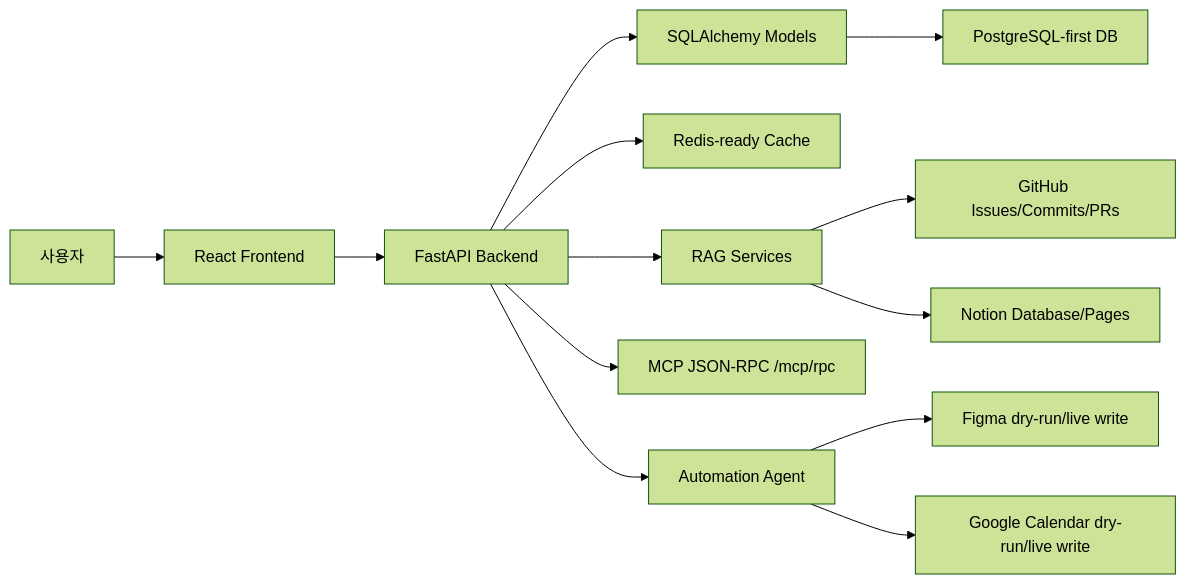
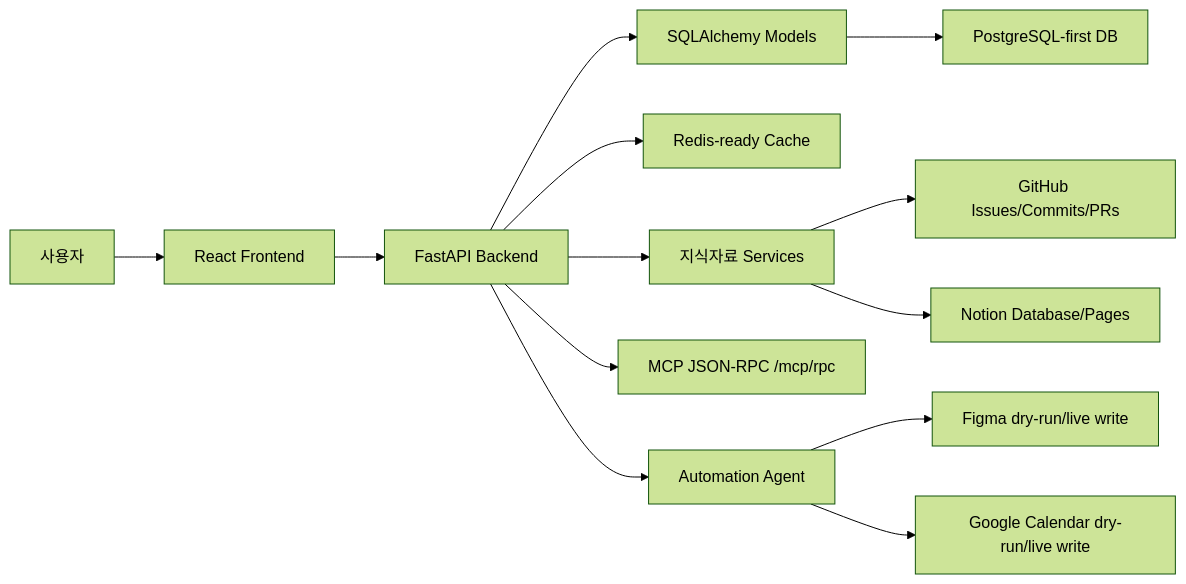
One commit to Wish-Upon-A-Star/ai-board-jungle changed the diagram in README.md. Above: the diagram before and after it, drawn with Mermaid (forest theme). The commit also changed other lines of this file and 4 other files, not shown here.

````diff
--- a/README.md
+++ b/README.md
@@ -80,15 +67,15 @@
 ```mermaid
 flowchart LR
   User["사용자"] --> React["React Frontend"]
   React --> FastAPI["FastAPI Backend"]
   FastAPI --> SQLAlchemy["SQLAlchemy Models"]
   SQLAlchemy --> PostgreSQL["PostgreSQL-first DB"]
   FastAPI --> Redis["Redis-ready Cache"]
-  FastAPI --> RAG["RAG Services"]
+  FastAPI --> RAG["지식자료 Services"]
   FastAPI --> MCP["MCP JSON-RPC /mcp/rpc"]
   FastAPI --> Agent["Automation Agent"]
   RAG --> GitHub["GitHub Issues/Commits/PRs"]
   RAG --> Notion["Notion Database/Pages"]
   Agent --> Figma["Figma dry-run/live write"]
   Agent --> Calendar["Google Calendar dry-run/live write"]
 ```
````
